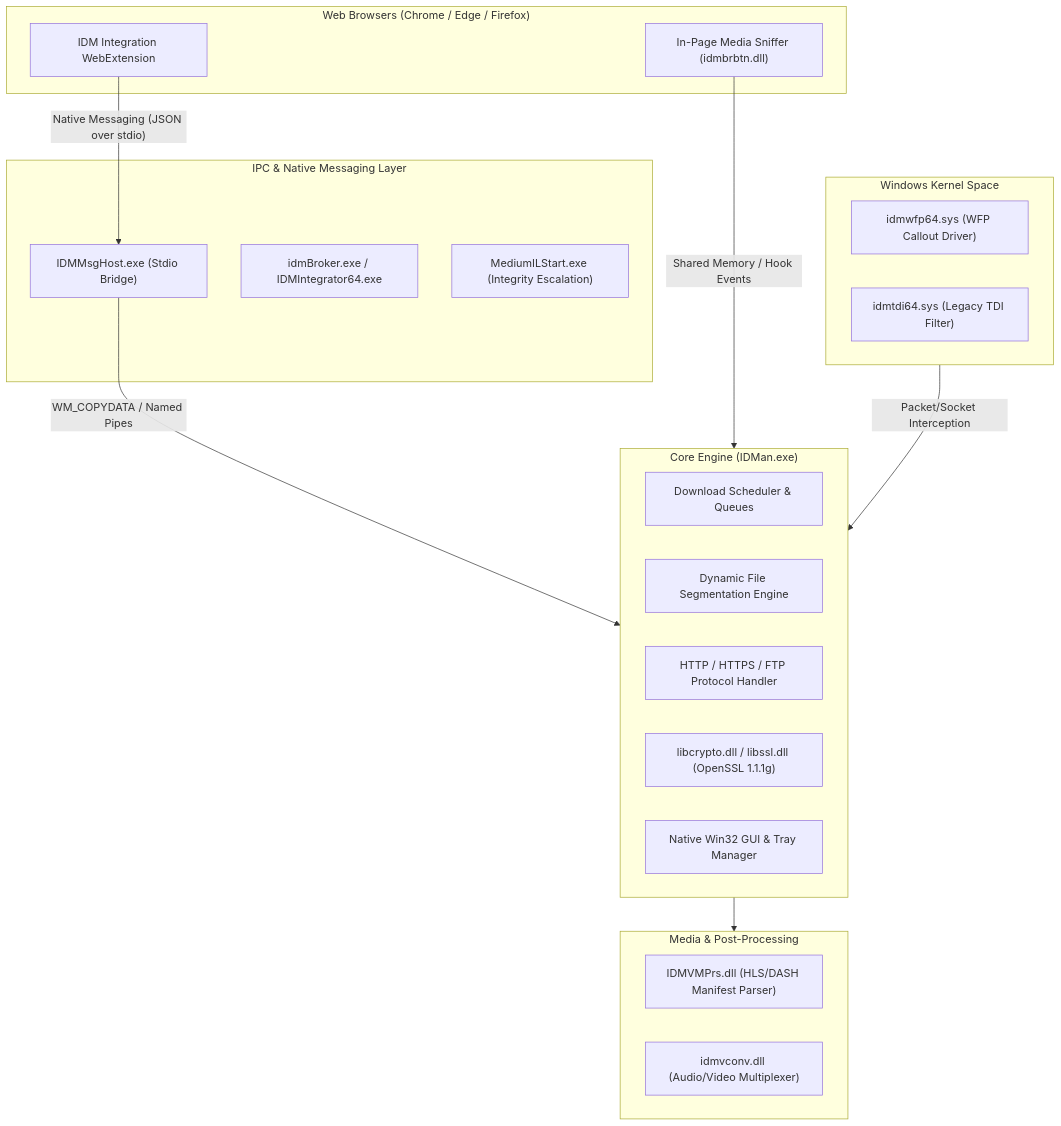
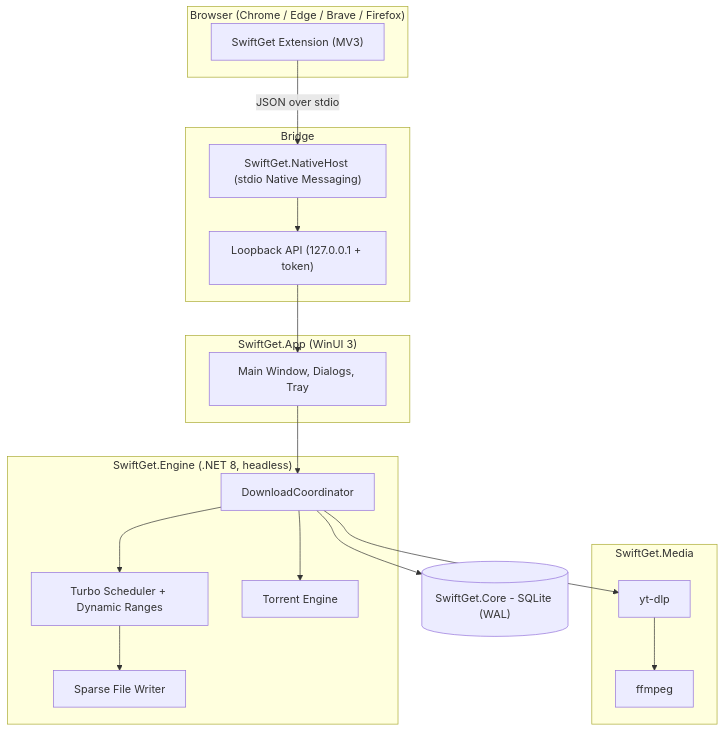
The diagram in README.md (judinme/Swiftget-Download-Manager), drawn with Mermaid before and after one commit. The commit also changed other lines of this file, not shown here.

Commit message:
docs: replace README with SwiftGet Download Manager overview

````diff
--- a/README.md
+++ b/README.md
@@ -18,37 +29,38 @@
 ```mermaid
-graph TD
-    subgraph Browser ["Web Browsers (Chrome / Edge / Firefox)"]
-        EXT["IDM Integration WebExtension"]
-        DOM["In-Page Media Sniffer (idmbrbtn.dll)"]
+graph TB
+    subgraph Browser["Browser (Chrome / Edge / Brave / Firefox)"]
+        EXT["SwiftGet Extension (MV3)"]
     end
 
-    subgraph NativeBridge ["IPC & Native Messaging Layer"]
-        NMH["IDMMsgHost.exe (Stdio Bridge)"]
-        BROKER["idmBroker.exe / IDMIntegrator64.exe"]
-        MIL["MediumILStart.exe (Integrity Escalation)"]
+    subgraph Bridge["Bridge"]
+        NMH["SwiftGet.NativeHost (stdio Native Messaging)"]
+        API["Loopback API (127.0.0.1 + token)"]
     end
 
-    subgraph Kernel ["Windows Kernel Space"]
-        WFP["idmwfp64.sys (WFP Callout Driver)"]
-        TDI["idmtdi64.sys (Legacy TDI Filter)"]
+    subgraph App["SwiftGet.App (WinUI 3)"]
+        UI["Main Window, Dialogs, Tray"]
     end
 
-    subgraph CoreEngine ["Core Engine (IDMan.exe)"]
-        SCHED["Download Scheduler & Queues"]
-        SEG["Dynamic File Segmentation Engine"]
-        NET["HTTP / HTTPS / FTP Protocol Handler"]
-        CRYPT["libcrypto.dll / libssl.dll (OpenSSL 1.1.1g)"]
-        GUI["Native Win32 GUI & Tray Manager"]
+    subgraph Engine["SwiftGet.Engine (.NET 8, headless)"]
+        COORD["DownloadCoordinator"]
+        TURBO["Turbo Scheduler + Dynamic Ranges"]
+        WRITER["Sparse File Writer"]
+        TOR["Torrent Engine"]
     end
 
-    subgraph MediaEng ["Media & Post-Processing"]
-        PRS["IDMVMPrs.dll (HLS/DASH Manifest Parser)"]
-        CONV["idmvconv.dll (Audio/Video Multiplexer)"]
+    subgraph Media["SwiftGet.Media"]
+        YTDLP["yt-dlp"]
+        FFMPEG["ffmpeg"]
     end
 
-    EXT -->|"Native Messaging (JSON over stdio)"| NMH
-    NMH -->|"WM_COPYDATA / Named Pipes"| CoreEngine
-    DOM -->|"Shared Memory / Hook Events"| CoreEngine
-    Kernel -->|"Packet/Socket Interception"| CoreEngine
-    CoreEngine --> MediaEng
+    DB[("SwiftGet.Core - SQLite (WAL)")]
+
+    EXT -->|"JSON over stdio"| NMH
+    NMH --> API
+    API --> UI
+    UI --> COORD
+    COORD --> TURBO --> WRITER
+    COORD --> TOR
+    COORD --> YTDLP --> FFMPEG
+    COORD --> DB
 ```
````
